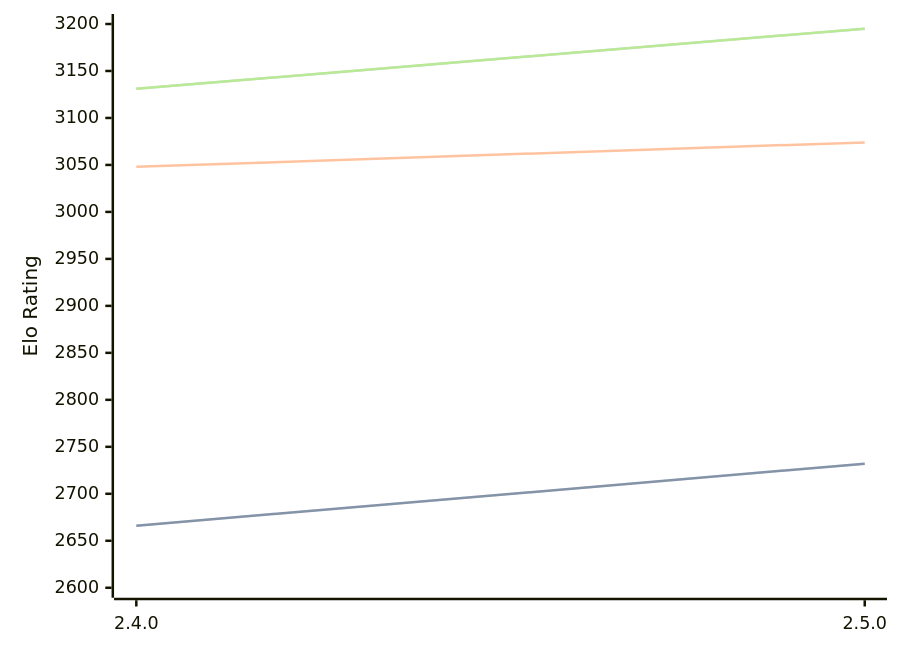
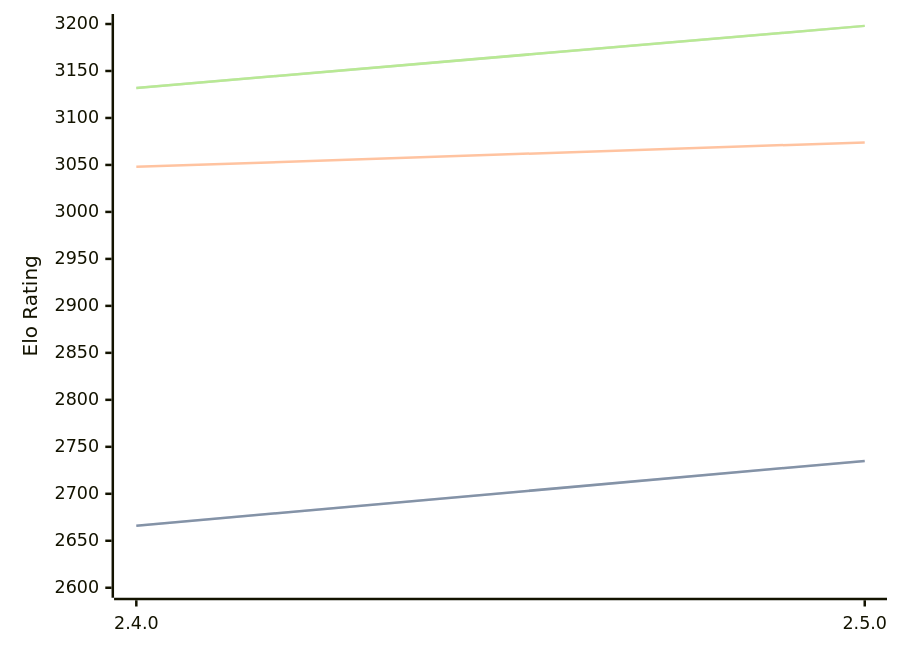
One commit to computer-chess-index/cci changed the diagram in engines/Sturddle2.md. Above: the diagram before and after it, drawn with Mermaid. The commit also changed other lines of this file, not shown here.

Commit message:
Update CCI Ratings (ELO VLTC) - 2026-02-19

````diff
--- a/engines/Sturddle2.md
+++ b/engines/Sturddle2.md
@@ -34,11 +34,11 @@
 ```mermaid
 %%{init: {"theme":"base","themeVariables":{"seriesColors:['#a3a3a3','#222221','#faa371']}}}%%
 xychart-beta
   x-axis ["2.4.0", "2.5.0"]
   y-axis "Elo Rating" 2600 --> 3200
-  line "STC (8.0+0.08s)" [2666, 2732]
-  line "STC (8.0+0.08s)" [2666, 2732]
+  line "STC (8.0+0.08s)" [2666, 2735]
+  line "STC (8.0+0.08s)" [2666, 2735]
   line "LTC (60.0+0.60s)" [3048, 3074]
-  line "VLTC (2m24s+1.12s)" [3131, 3195]
-  line "VLTC (2m24s+1.12s)" [3131, 3195]
+  line "VLTC (2m24s+1.12s)" [3132, 3198]
+  line "VLTC (2m24s+1.12s)" [3132, 3198]
 ```
````
